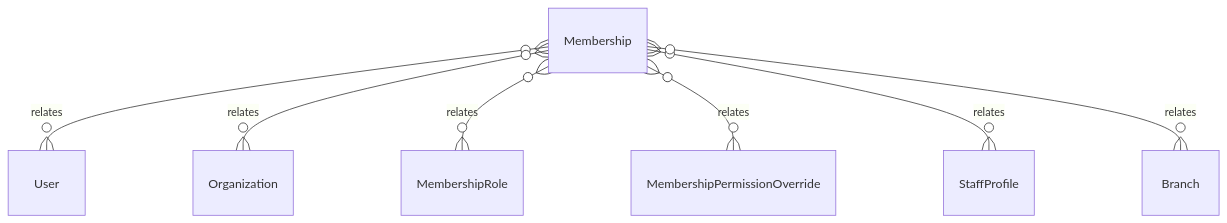
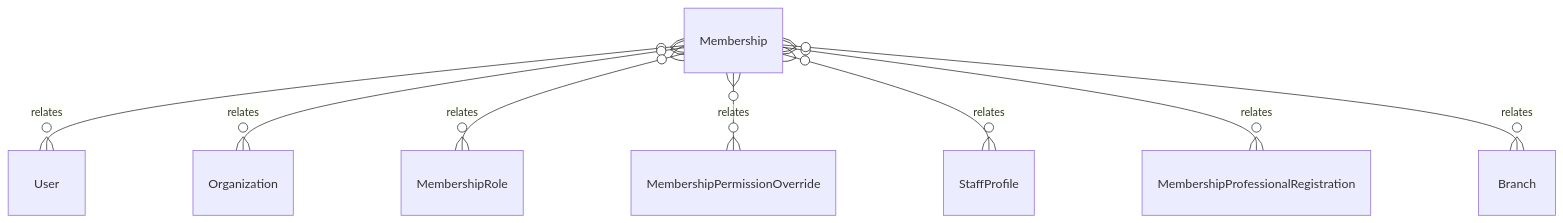
The diagram in .kb/Database/Membership.md (tejasnirala/rcln), drawn with Mermaid before and after one commit. The commit also changed other lines of this file and 171 other files, not shown here.

````diff
--- a/.kb/Database/Membership.md
+++ b/.kb/Database/Membership.md
@@ -48,9 +49,10 @@
 ```mermaid
 erDiagram
     Membership }o--o{ User : relates
     Membership }o--o{ Organization : relates
     Membership }o--o{ MembershipRole : relates
     Membership }o--o{ MembershipPermissionOverride : relates
     Membership }o--o{ StaffProfile : relates
+    Membership }o--o{ MembershipProfessionalRegistration : relates
     Membership }o--o{ Branch : relates
 ```
````
